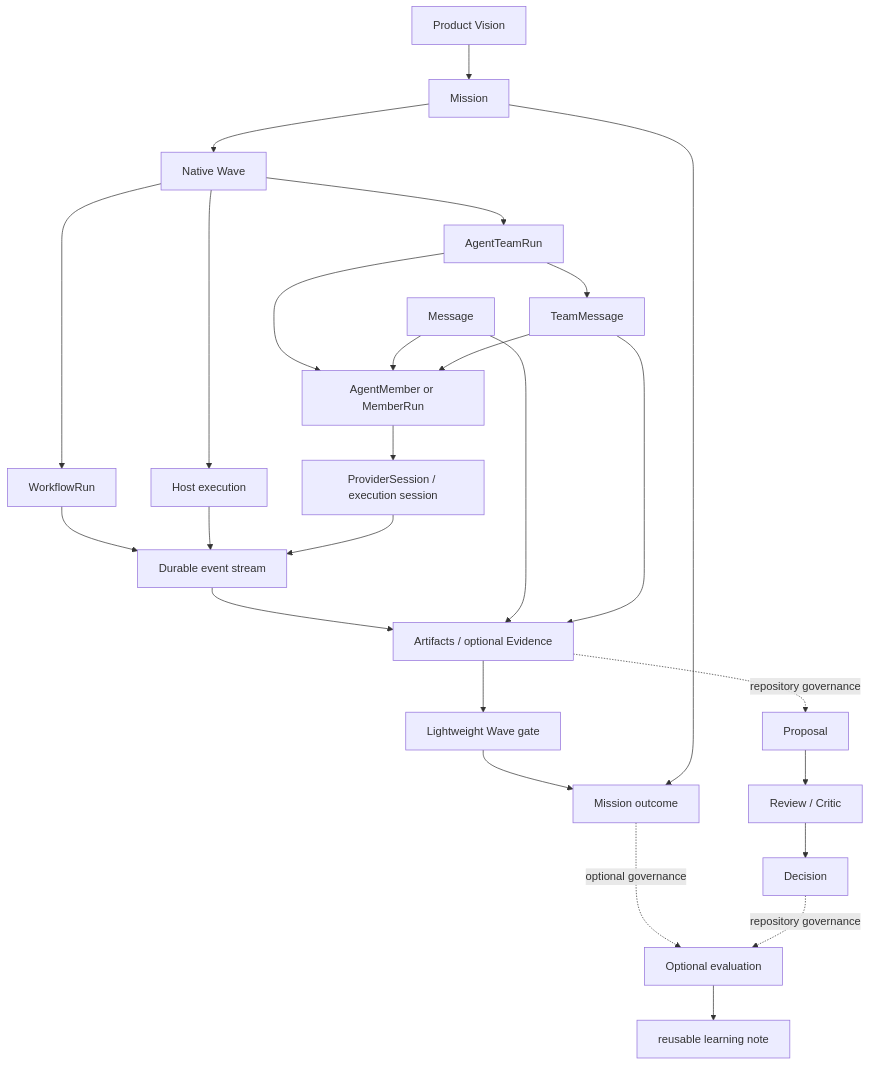
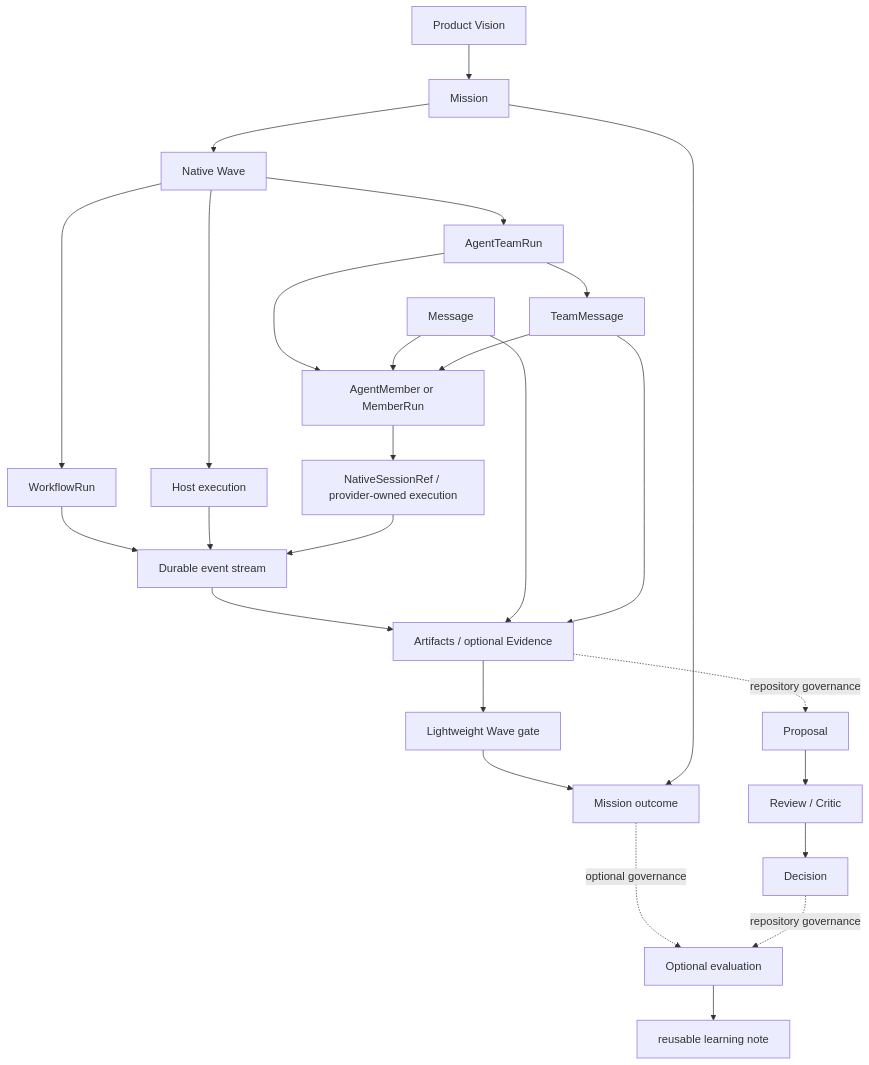
The diagram in docs/concept-model.md (cyl19970726/multi-agent-harness), drawn with Mermaid before and after one commit. The commit also changed other lines of this file and 49 other files, not shown here.

````diff
--- a/docs/concept-model.md
+++ b/docs/concept-model.md
@@ -37,48 +37,48 @@
 ```mermaid
 flowchart TD
   Vision[Product Vision]
   Mission[Mission]
   Wave[Native Wave]
   TeamRun[AgentTeamRun]
   WorkflowRun[WorkflowRun]
   HostExec[Host execution]
   Message[Message]
   TeamMessage[TeamMessage]
   Member[AgentMember or MemberRun]
-  Provider[ProviderSession / execution session]
+  Provider[NativeSessionRef / provider-owned execution]
   Event[Durable event stream]
   Evidence[Artifacts / optional Evidence]
   Gate[Lightweight Wave gate]
   Outcome[Mission outcome]
   Proposal[Proposal]
   Review[Review / Critic]
   Decision[Decision]
   Eval[Optional evaluation]
   Case[reusable learning note]
 
   Vision --> Mission
   Mission --> Wave
   Wave --> TeamRun
   Wave --> WorkflowRun
   Wave --> HostExec
   TeamRun --> TeamMessage
   TeamRun --> Member
   WorkflowRun --> Event
   HostExec --> Event
   Message --> Member
   TeamMessage --> Member
   Member --> Provider
   Provider --> Event
   Event --> Evidence
   Message --> Evidence
   TeamMessage --> Evidence
   Evidence --> Gate
   Gate --> Outcome
   Mission --> Outcome
   Outcome -. optional governance .-> Eval
   Evidence -. repository governance .-> Proposal
   Proposal --> Review
   Review --> Decision
   Decision -. repository governance .-> Eval
   Eval --> Case
 ```
````
